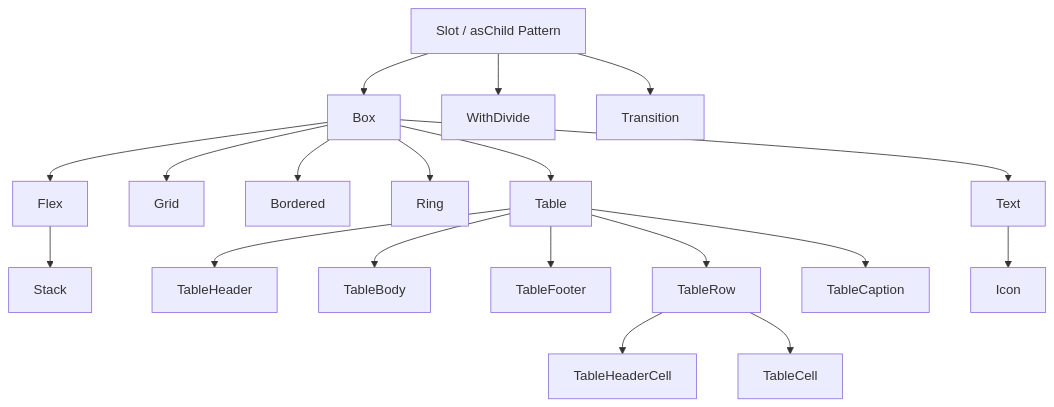
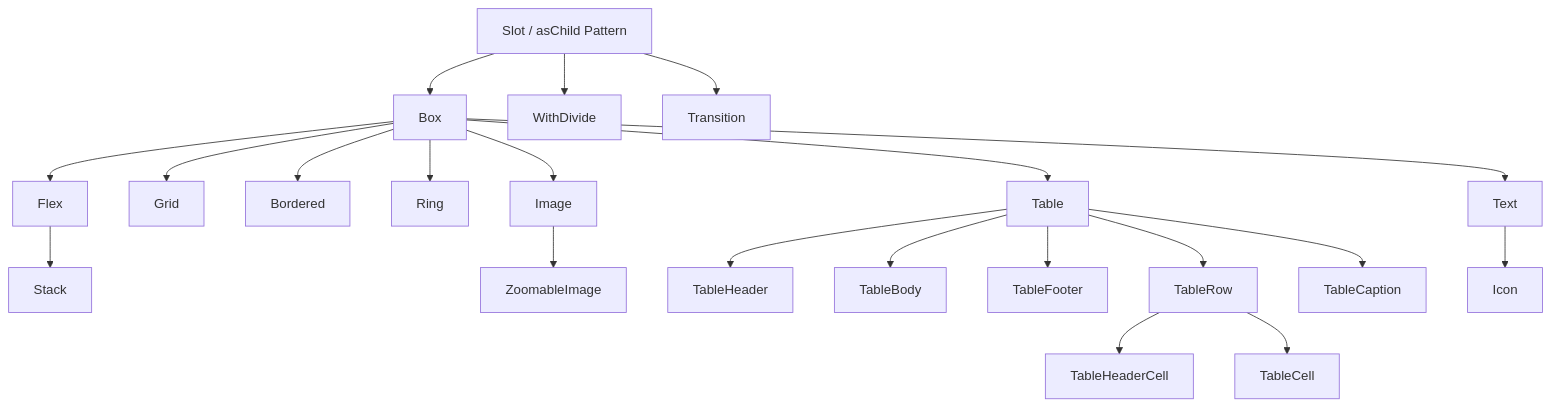
Before and after one commit to Lifeforge-app/lifeforge: the diagram in packages/ui/DESIGN.md, drawn with Mermaid. The commit also changed other lines of this file and 7 other files, not shown here.

````diff
--- a/packages/ui/DESIGN.md
+++ b/packages/ui/DESIGN.md
@@ -305,21 +305,23 @@
 ```mermaid
 graph TD
     Slot[Slot / asChild Pattern] --> Box
     Box --> Flex
     Box --> Grid
     Flex --> Stack
     Box --> Bordered
     Box --> Ring
     Box --> Text
     Box --> Table
+    Box --> Image
+    Image --> ZoomableImage
     Table --> TableHeader
     Table --> TableBody
     Table --> TableFooter
     Table --> TableRow
     Table --> TableCaption
     TableRow --> TableHeaderCell
     TableRow --> TableCell
     Text --> Icon
     Slot --> WithDivide
     Slot --> Transition
 ```
````
